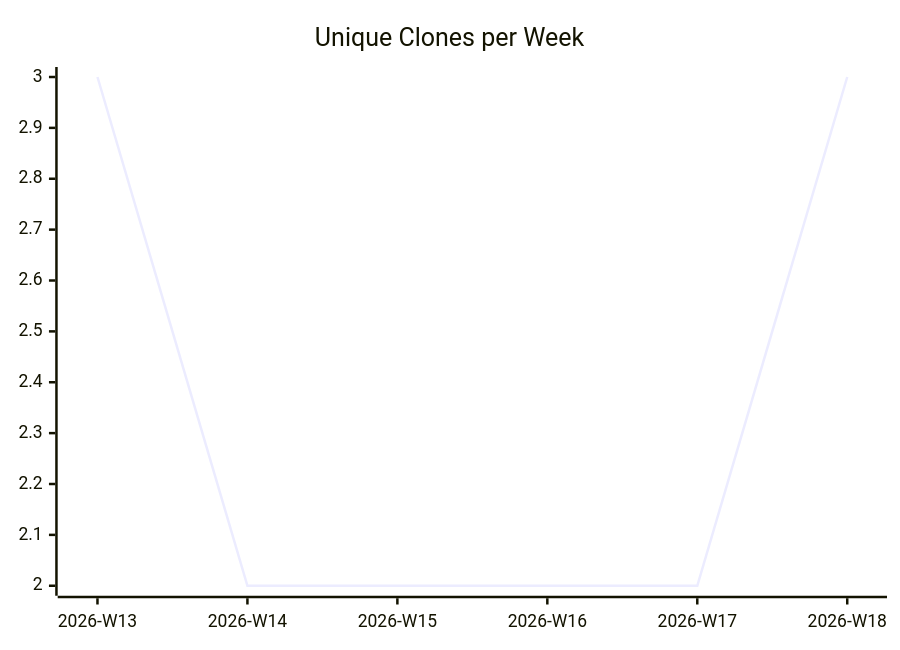
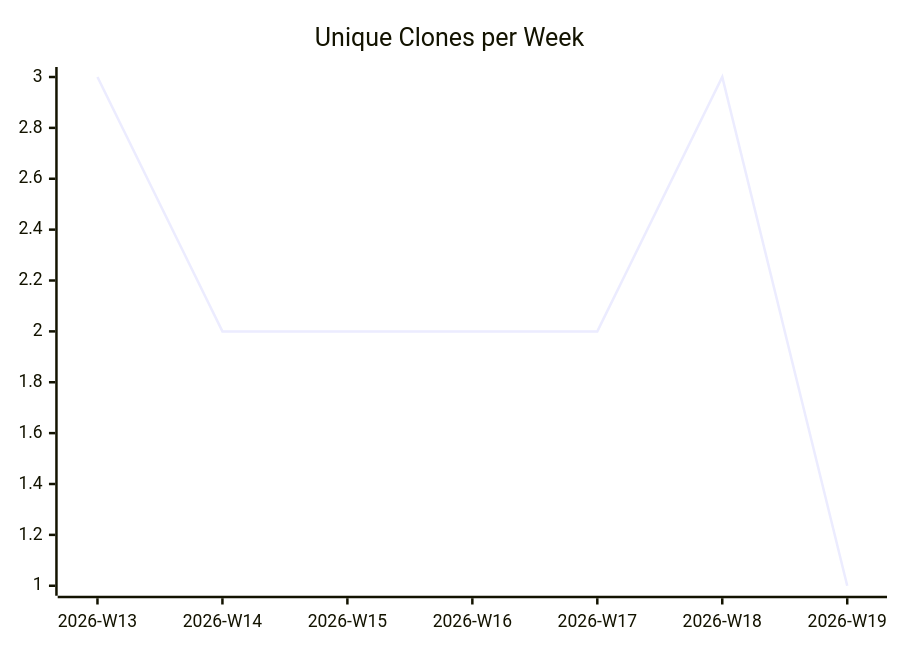
One commit to justdavis-family/github-analytics-data changed the third of 3 diagrams in karlmdavis/can-i-kayak-baltimore/README.md. Above: the diagram before and after it, drawn with Mermaid. The commit also changed other lines of this file and 187 other files, not shown here.

````diff
--- a/karlmdavis/can-i-kayak-baltimore/README.md
+++ b/karlmdavis/can-i-kayak-baltimore/README.md
@@ -19,6 +19,6 @@
 ```mermaid
 xychart-beta
   title "Unique Clones per Week"
-  x-axis ["2026-W13", "2026-W14", "2026-W15", "2026-W16", "2026-W17", "2026-W18"]
-  line [3, 2, 2, 2, 2, 3]
+  x-axis ["2026-W13", "2026-W14", "2026-W15", "2026-W16", "2026-W17", "2026-W18", "2026-W19"]
+  line [3, 2, 2, 2, 2, 3, 1]
 ```
````
